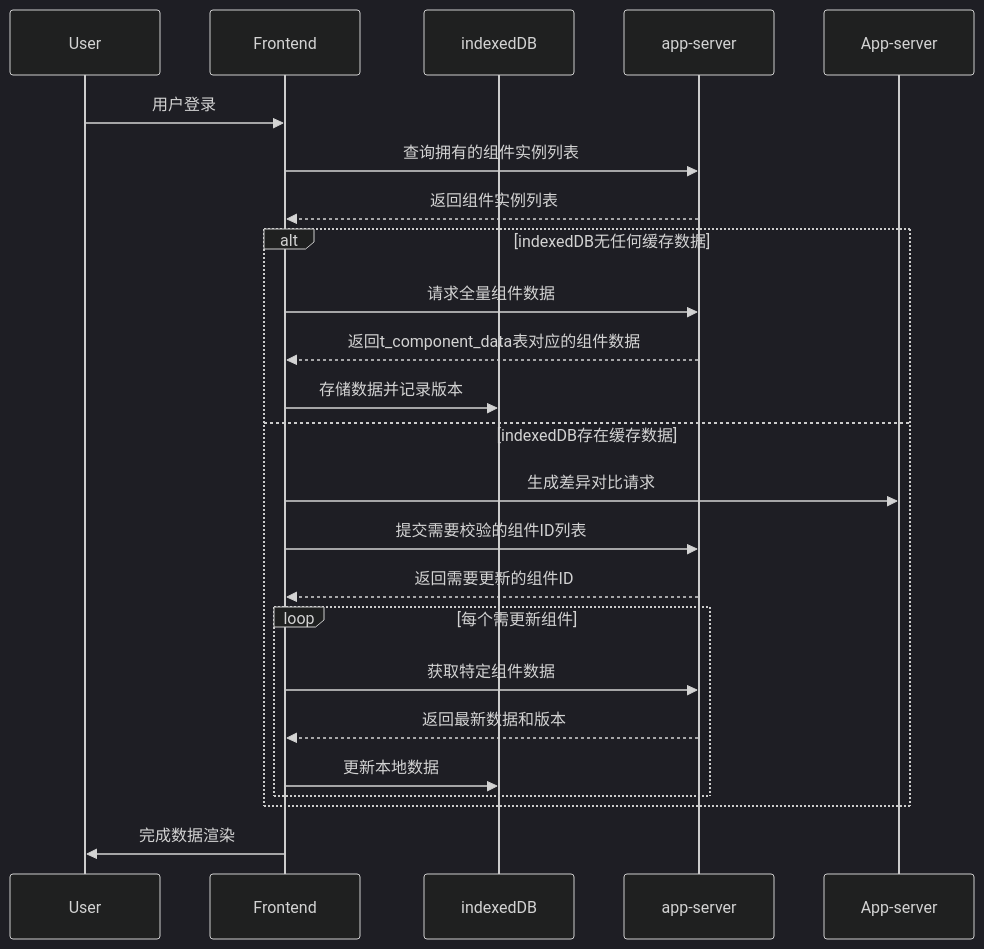
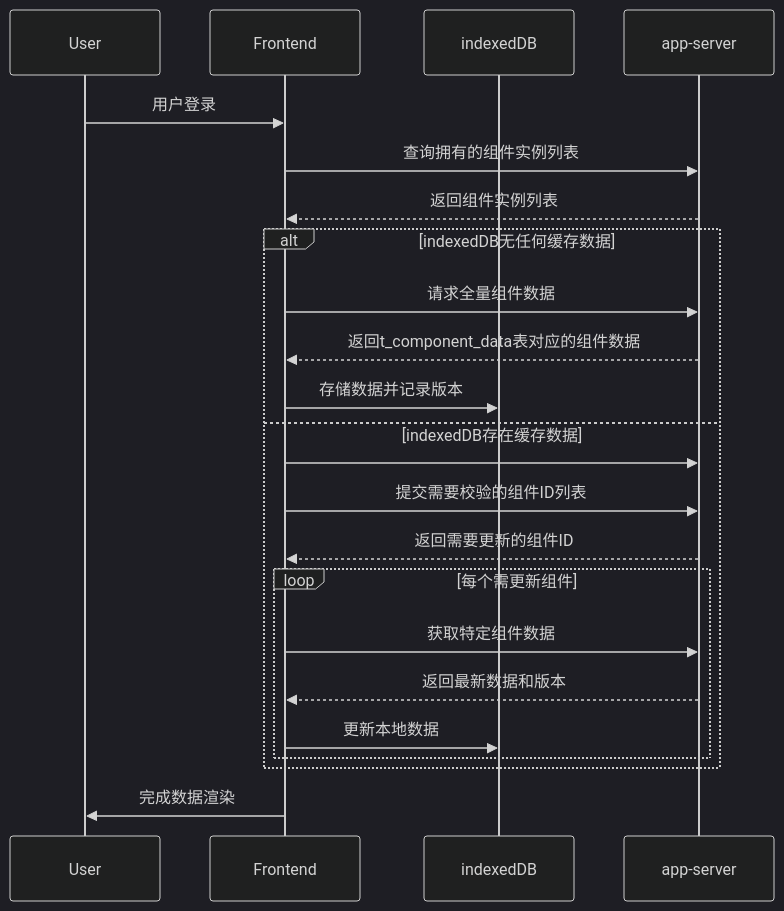
One commit to yingjianzh/iodraw-files changed the diagram in all/未命名-24.md. Above: the diagram before and after it, drawn with Mermaid (dark theme).

Commit message:
2025-02-24 17:09:43 update

````diff
--- a/all/未命名-24.md
+++ b/all/未命名-24.md
@@ -1,27 +1,27 @@
 ```mermaid
 sequenceDiagram
     participant User
     participant Frontend
     participant indexedDB
     participant app-server
 
     User->>Frontend: 用户登录
     Frontend->>app-server: 查询拥有的组件实例列表
     app-server-->>Frontend: 返回组件实例列表
     
     alt indexedDB无任何缓存数据
         Frontend->>app-server: 请求全量组件数据
         app-server-->>Frontend: 返回t_component_data表对应的组件数据
         Frontend->>indexedDB: 存储数据并记录版本
     else indexedDB存在缓存数据
-        Frontend->>App-server: 生成差异对比请求
+        Frontend->>app-server: 
         Frontend->>app-server: 提交需要校验的组件ID列表
         app-server-->>Frontend: 返回需要更新的组件ID
         loop 每个需更新组件
             Frontend->>app-server: 获取特定组件数据
             app-server-->>Frontend: 返回最新数据和版本
             Frontend->>indexedDB: 更新本地数据
         end
     end
     Frontend->>User: 完成数据渲染
 ```
````
